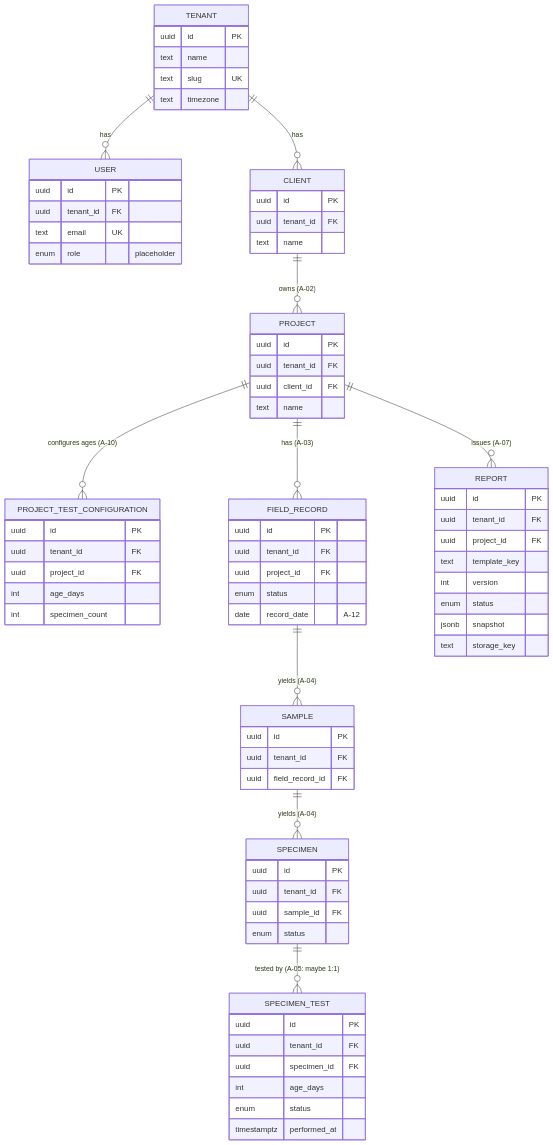
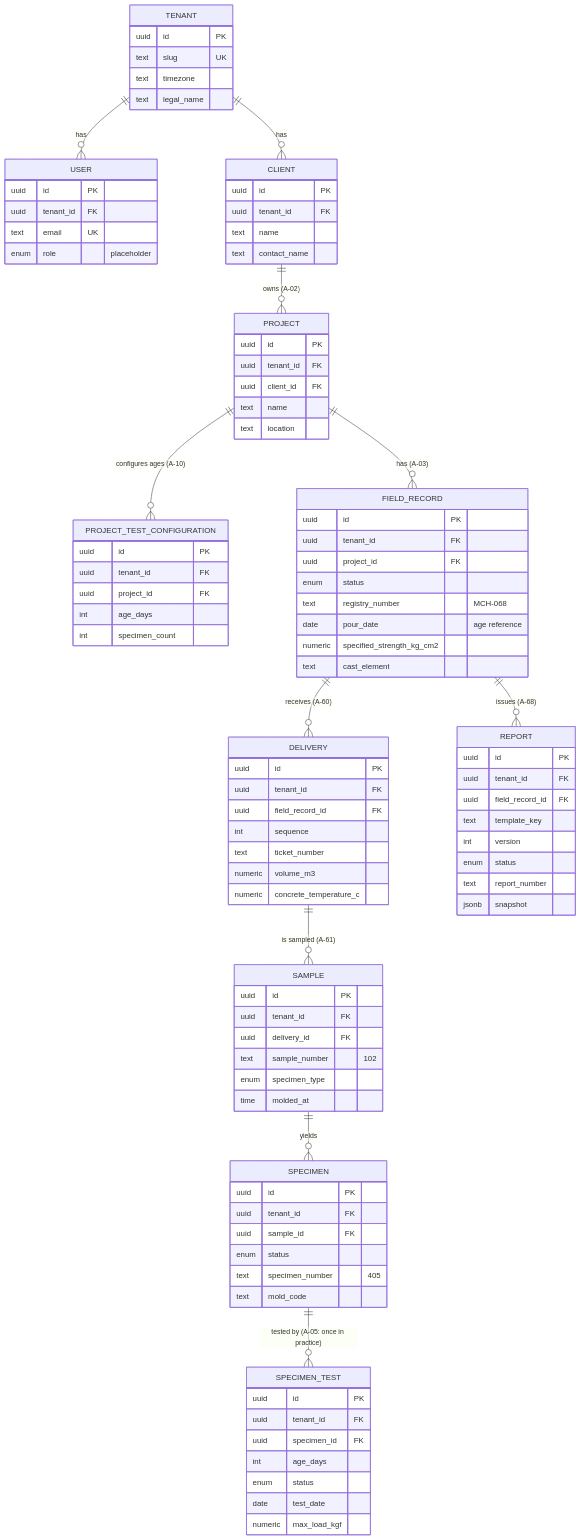
The diagram in docs/database/relationships.md (brocha05/lab-control), drawn with Mermaid before and after one commit. The commit also changed other lines of this file and 30 other files, not shown here.

````diff
--- a/docs/database/relationships.md
+++ b/docs/database/relationships.md
@@ -11,16 +13,17 @@
     CLIENT ||--o{ PROJECT : "owns (A-02)"
     PROJECT ||--o{ PROJECT_TEST_CONFIGURATION : "configures ages (A-10)"
     PROJECT ||--o{ FIELD_RECORD : "has (A-03)"
-    FIELD_RECORD ||--o{ SAMPLE : "yields (A-04)"
-    SAMPLE ||--o{ SPECIMEN : "yields (A-04)"
-    SPECIMEN ||--o{ SPECIMEN_TEST : "tested by (A-05: maybe 1:1)"
-    PROJECT ||--o{ REPORT : "issues (A-07)"
+    FIELD_RECORD ||--o{ DELIVERY : "receives (A-60)"
+    DELIVERY ||--o{ SAMPLE : "is sampled (A-61)"
+    SAMPLE ||--o{ SPECIMEN : yields
+    SPECIMEN ||--o{ SPECIMEN_TEST : "tested by (A-05: once in practice)"
+    FIELD_RECORD ||--o{ REPORT : "issues (A-68)"
 
     TENANT {
         uuid id PK
-        text name
         text slug UK
         text timezone
+        text legal_name
     }
     USER {
         uuid id PK
@@ -32,12 +35,14 @@
         uuid id PK
         uuid tenant_id FK
         text name
+        text contact_name
     }
     PROJECT {
         uuid id PK
         uuid tenant_id FK
         uuid client_id FK
         text name
+        text location
     }
     PROJECT_TEST_CONFIGURATION {
         uuid id PK
@@ -51,18 +56,35 @@
         uuid tenant_id FK
         uuid project_id FK
         enum status
-        date record_date "A-12"
+        text registry_number "MCH-068"
+        date pour_date "age reference"
+        numeric specified_strength_kg_cm2
+        text cast_element
+    }
+    DELIVERY {
+        uuid id PK
+        uuid tenant_id FK
+        uuid field_record_id FK
+        int sequence
+        text ticket_number
+        numeric volume_m3
+        numeric concrete_temperature_c
     }
     SAMPLE {
         uuid id PK
         uuid tenant_id FK
-        uuid field_record_id FK
+        uuid delivery_id FK
+        text sample_number "102"
+        enum specimen_type
+        time molded_at
     }
     SPECIMEN {
         uuid id PK
         uuid tenant_id FK
         uuid sample_id FK
         enum status
+        text specimen_number "405"
+        text mold_code
     }
     SPECIMEN_TEST {
         uuid id PK
@@ -70,16 +92,17 @@
         uuid specimen_id FK
         int age_days
         enum status
-        timestamptz performed_at
+        date test_date
+        numeric max_load_kgf
     }
     REPORT {
         uuid id PK
         uuid tenant_id FK
-        uuid project_id FK
+        uuid field_record_id FK
         text template_key
         int version
         enum status
+        text report_number
         jsonb snapshot
-        text storage_key
     }
 ```
````
